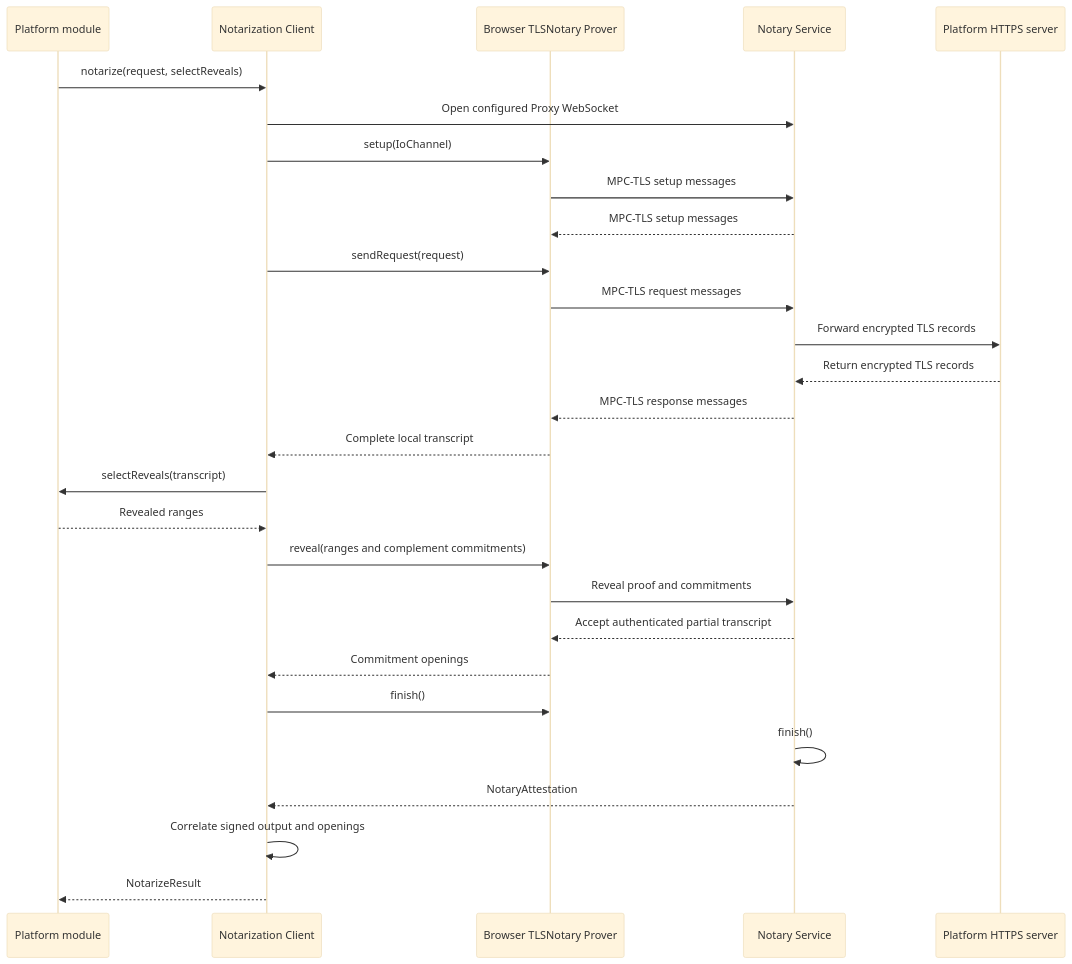
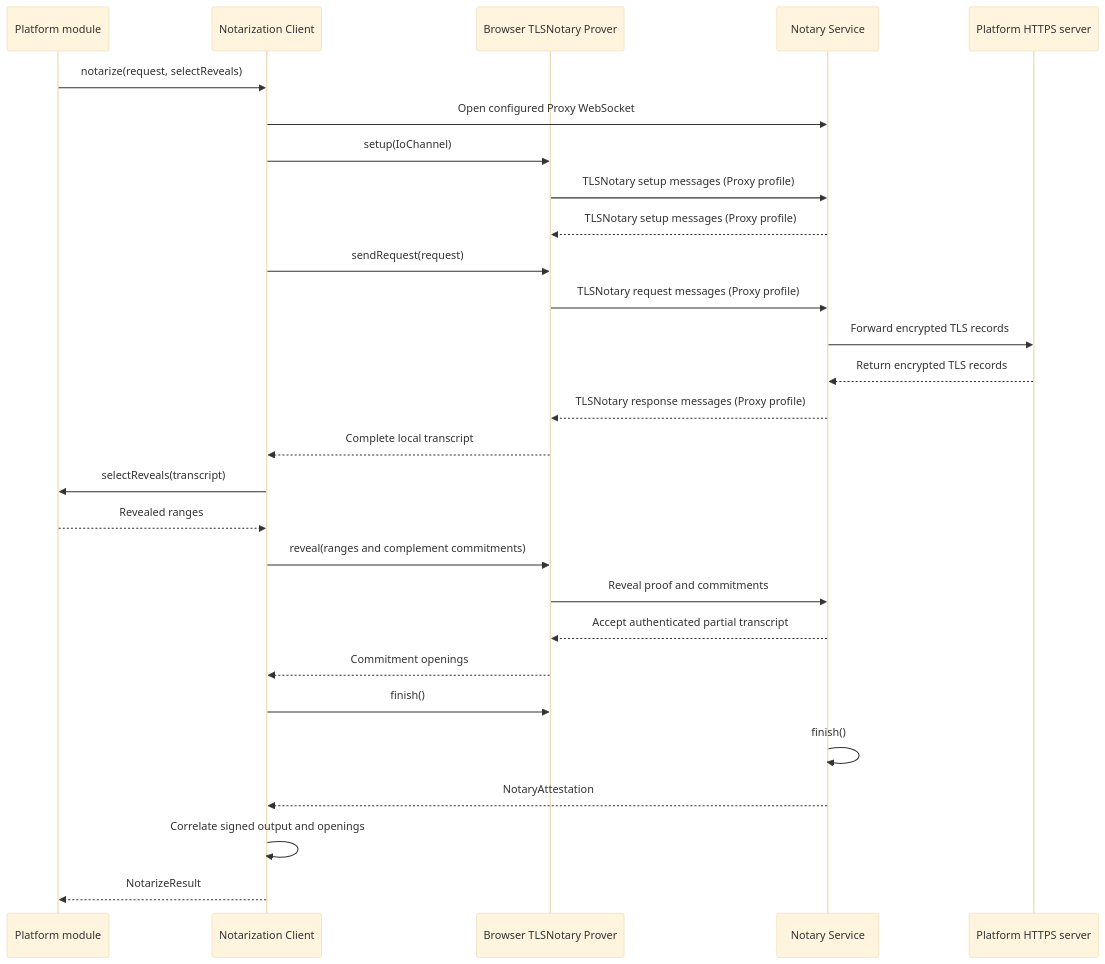
Before and after one commit to libid-org/libid: the diagram in ts/packages/ceremony/NOTARIZATION.md, drawn with Mermaid (base theme). The commit also changed other lines of this file, not shown here.

Commit message:
docs(ceremony): name browser notarization proxy profile

````diff
--- a/ts/packages/ceremony/NOTARIZATION.md
+++ b/ts/packages/ceremony/NOTARIZATION.md
@@ -184,31 +184,31 @@
 ```mermaid
 sequenceDiagram
     participant M as Platform module
     participant T as Notarization Client
     participant W as Browser TLSNotary Prover
     participant N as Notary Service
     participant P as Platform HTTPS server
 
     M->>T: notarize(request, selectReveals)
     T->>N: Open configured Proxy WebSocket
     T->>W: setup(IoChannel)
-    W->>N: MPC-TLS setup messages
-    N-->>W: MPC-TLS setup messages
+    W->>N: TLSNotary setup messages (Proxy profile)
+    N-->>W: TLSNotary setup messages (Proxy profile)
     T->>W: sendRequest(request)
-    W->>N: MPC-TLS request messages
+    W->>N: TLSNotary request messages (Proxy profile)
     N->>P: Forward encrypted TLS records
     P-->>N: Return encrypted TLS records
-    N-->>W: MPC-TLS response messages
+    N-->>W: TLSNotary response messages (Proxy profile)
     W-->>T: Complete local transcript
     T->>M: selectReveals(transcript)
     M-->>T: Revealed ranges
     T->>W: reveal(ranges and complement commitments)
     W->>N: Reveal proof and commitments
     N-->>W: Accept authenticated partial transcript
     W-->>T: Commitment openings
     T->>W: finish()
     N->>N: finish()
     N-->>T: NotaryAttestation
     T->>T: Correlate signed output and openings
     T-->>M: NotarizeResult
 ```
````
